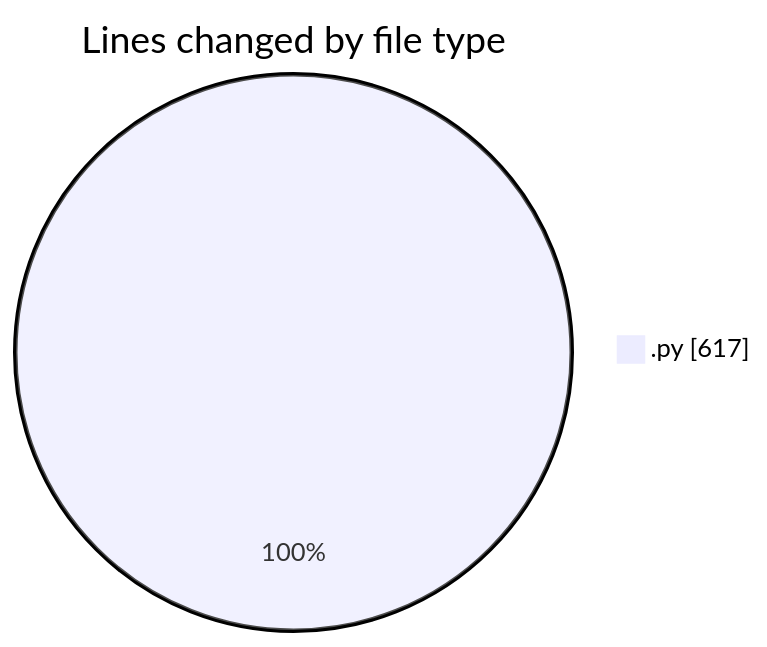
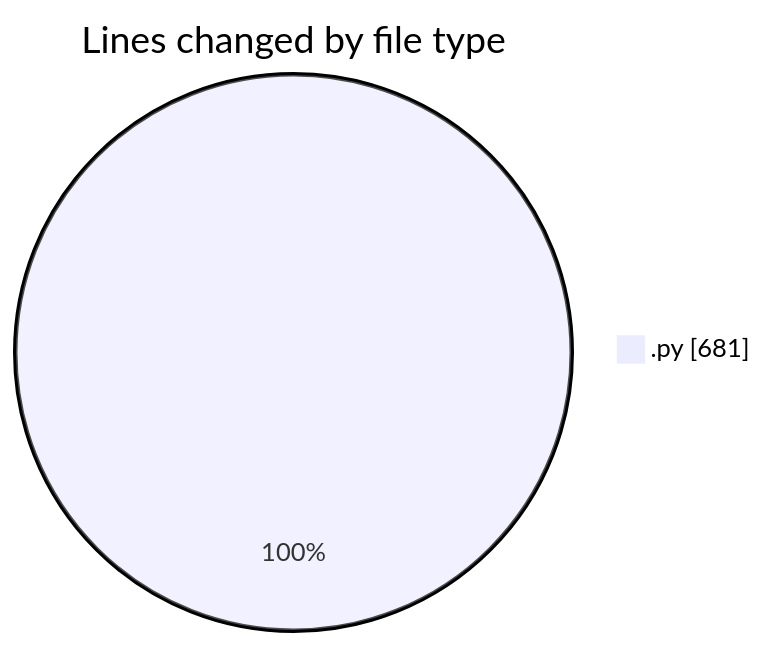
Before and after one commit to momahboobian/code-tracking: the first of 2 diagrams in 2025-03-25/samplepdf/README.md, drawn with Mermaid. The commit also changed other lines of this file and 1 other file, not shown here.

````diff
--- a/2025-03-25/samplepdf/README.md
+++ b/2025-03-25/samplepdf/README.md
@@ -24,5 +24,5 @@
 ```mermaid
 pie showData
 title Lines changed by file type
-".py" : 617
+".py" : 681
 ```
````
